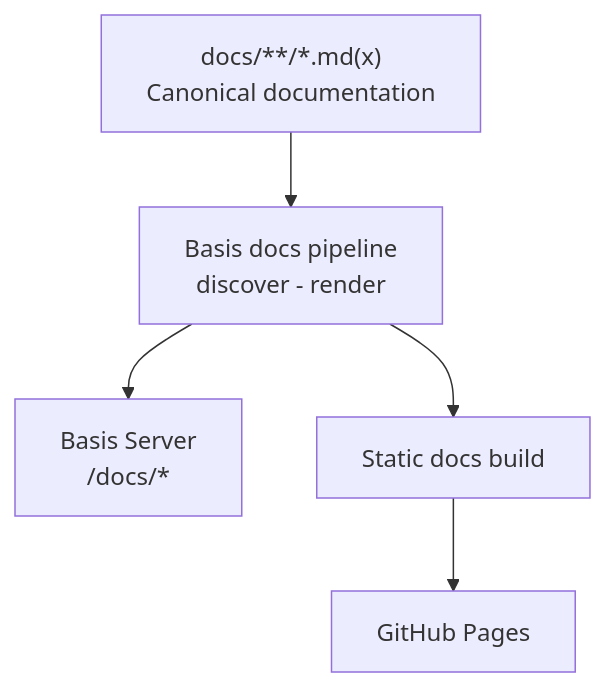
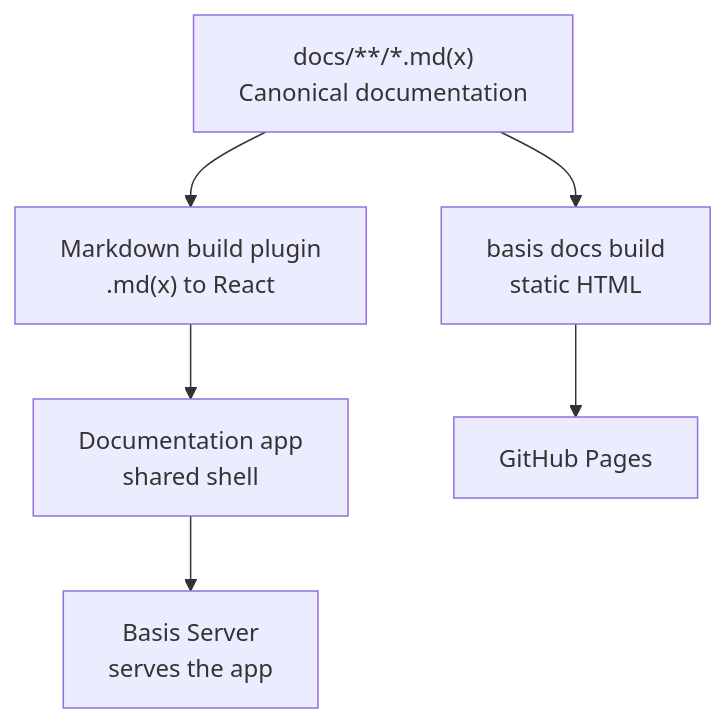
One commit to TroyAlford/basis changed the diagram in docs/architecture.mdx. Above: the diagram before and after it, drawn with Mermaid. The commit also changed 21 other files, not shown here.

````diff
--- a/docs/architecture.mdx
+++ b/docs/architecture.mdx
@@ -21,12 +21,14 @@
 ```mermaid
 flowchart TD
     Docs["docs/**/*.md(x)<br/>Canonical documentation"]
-    Pipeline["Basis docs pipeline<br/>discover - render"]
-    Server["Basis Server<br/>/docs/*"]
-    Static["Static docs build"]
+    Plugin["Markdown build plugin<br/>.md(x) to React"]
+    App["Documentation app<br/>shared shell"]
+    Server["Basis Server<br/>serves the app"]
+    Build["basis docs build<br/>static HTML"]
     Pages["GitHub Pages"]
-    Docs --> Pipeline
-    Pipeline --> Server
-    Pipeline --> Static
-    Static --> Pages
+    Docs --> Plugin
+    Plugin --> App
+    App --> Server
+    Docs --> Build
+    Build --> Pages
 ```
````
